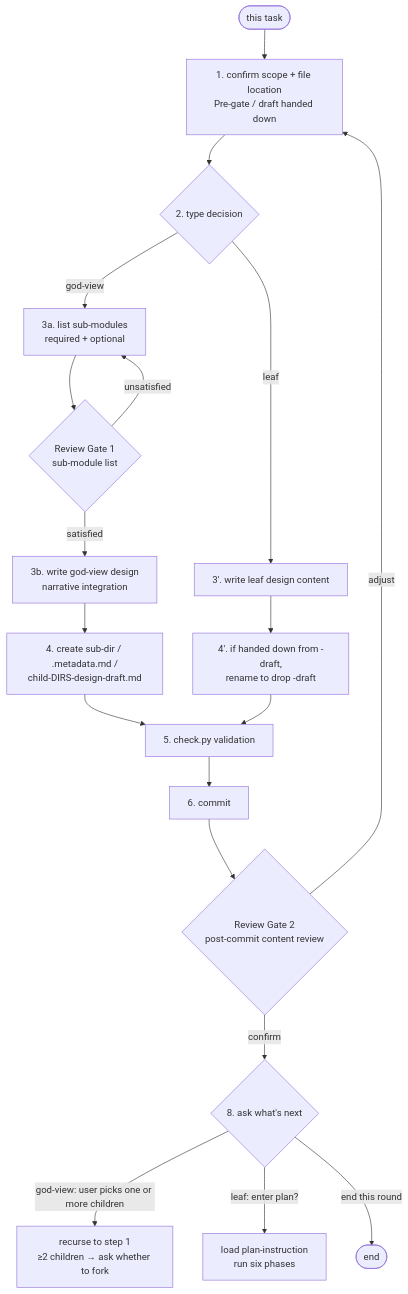
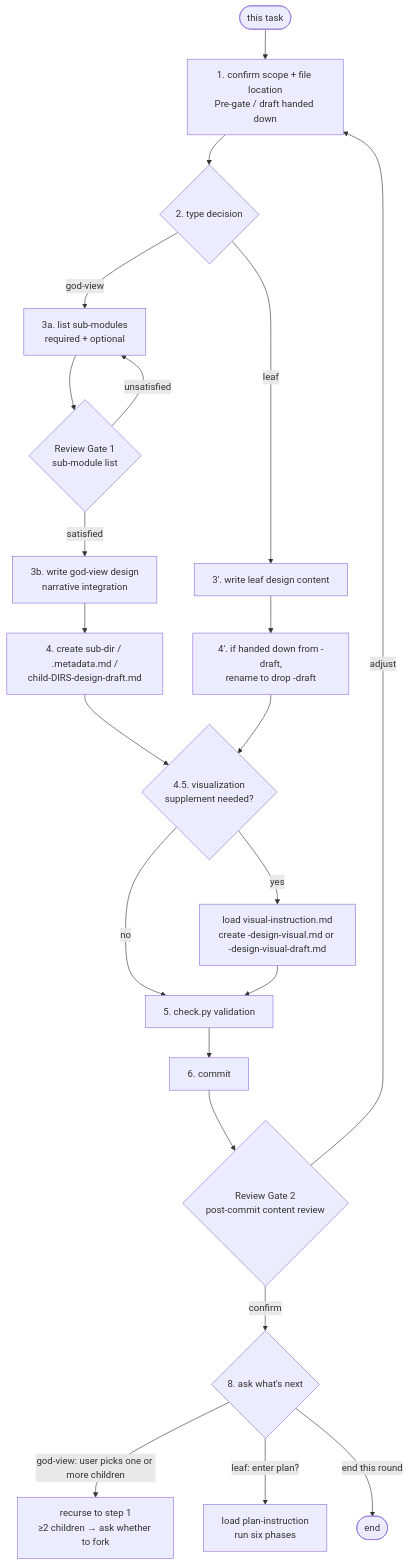
Before and after one commit to Aery9527/aery-marketplace: the first of 7 diagrams in skills/task-decomposition/references/design-instruction.md, drawn with Mermaid. The commit also changed other lines of this file and 10 other files, not shown here.

Commit message:
feat(design-instruction): add visualization evaluation step for design clarity

````diff
--- a/skills/task-decomposition/references/design-instruction.md
+++ b/skills/task-decomposition/references/design-instruction.md
@@ -14,21 +14,24 @@
 ```mermaid
 flowchart TD
     s([this task]) --> S1[1. confirm scope + file location<br/>Pre-gate / draft handed down]
     S1 --> S2{2. type decision}
     S2 -->|god-view| G3a[3a. list sub-modules<br/>required + optional]
     G3a --> GATE1{Review Gate 1<br/>sub-module list}
     GATE1 -->|unsatisfied| G3a
     GATE1 -->|satisfied| G3b[3b. write god-view design<br/>narrative integration]
     G3b --> G4[4. create sub-dir / .metadata.md /<br/>child-DIRS-design-draft.md]
     S2 -->|leaf| L3[3'. write leaf design content]
     L3 --> L4[4'. if handed down from -draft,<br/>rename to drop -draft]
-    G4 --> S5[5. check.py validation]
-    L4 --> S5
+    G4 --> V{4.5. visualization<br/>supplement needed?}
+    L4 --> V
+    V -->|yes| Vy[load visual-instruction.md<br/>create -design-visual.md or -design-visual-draft.md]
+    V -->|no| S5[5. check.py validation]
+    Vy --> S5
     S5 --> S6[6. commit]
     S6 --> GATE2{Review Gate 2<br/>post-commit content review}
     GATE2 -->|adjust| S1
     GATE2 -->|confirm| S8{8. ask what's next}
     S8 -->|god-view: user picks one or more children| R[recurse to step 1<br/>≥2 children → ask whether to fork]
     S8 -->|leaf: enter plan?| P[load plan-instruction<br/>run six phases]
     S8 -->|end this round| done([end])
 ```
````
